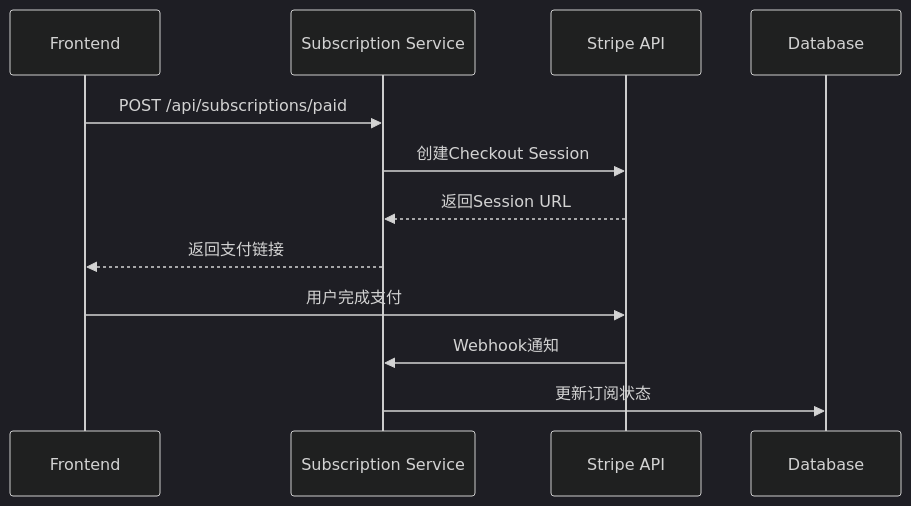
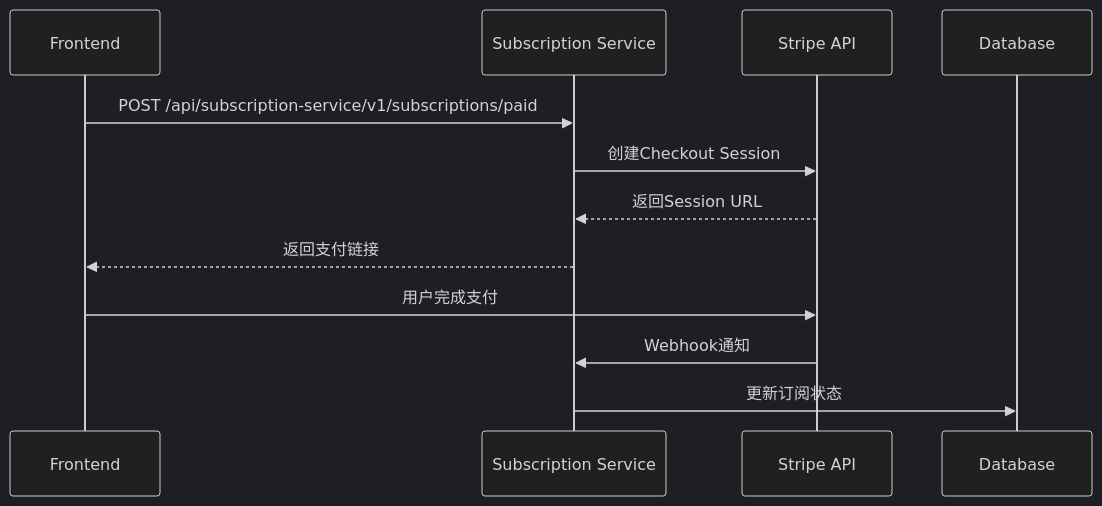
One commit to Tymoe-Technologies/subscription-service changed the second of 3 diagrams in README.md. Above: the diagram before and after it, drawn with Mermaid (dark theme). The commit also changed other lines of this file and 3 other files, not shown here.

````diff
--- a/README.md
+++ b/README.md
@@ -689,15 +689,15 @@
 ```mermaid
 sequenceDiagram
     participant F as Frontend
     participant S as Subscription Service
     participant Stripe as Stripe API
     participant DB as Database
     
-    F->>S: POST /api/subscriptions/paid
+    F->>S: POST /api/subscription-service/v1/subscriptions/paid
     S->>Stripe: 创建Checkout Session
     Stripe-->>S: 返回Session URL
     S-->>F: 返回支付链接
     F->>Stripe: 用户完成支付
     Stripe->>S: Webhook通知
     S->>DB: 更新订阅状态
 ```
````
